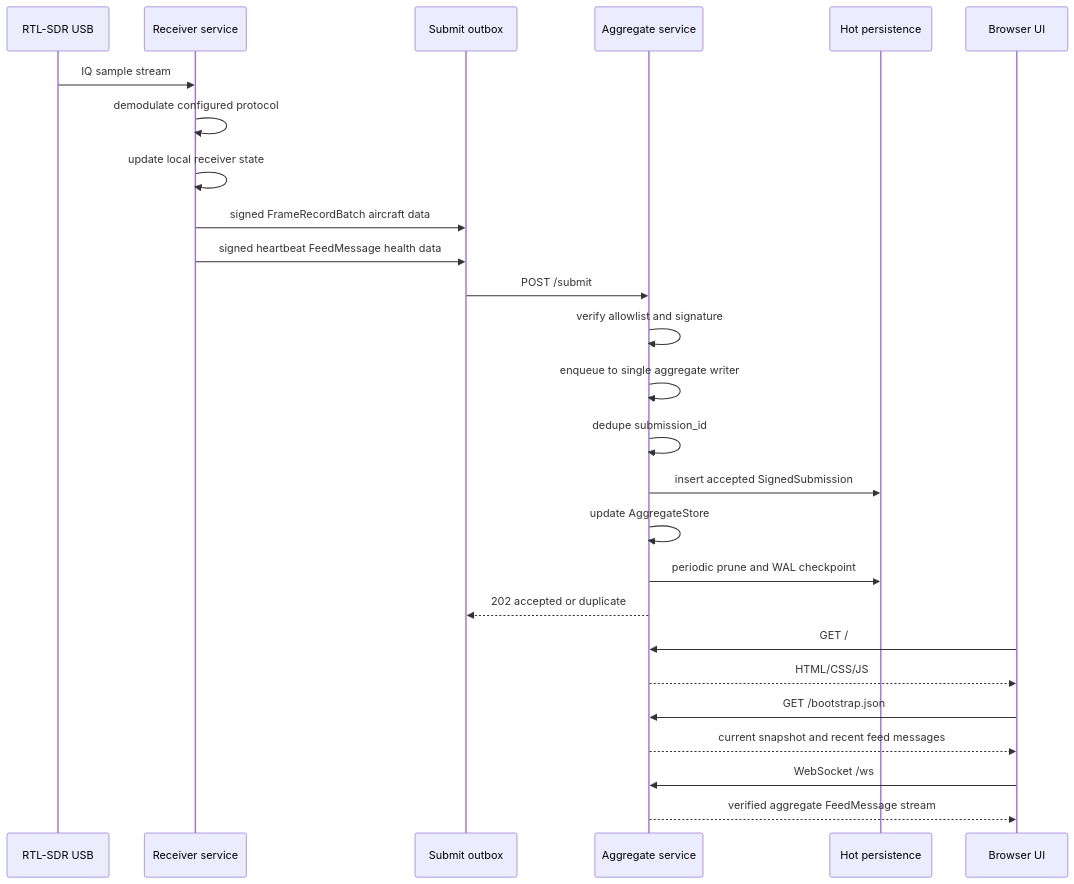
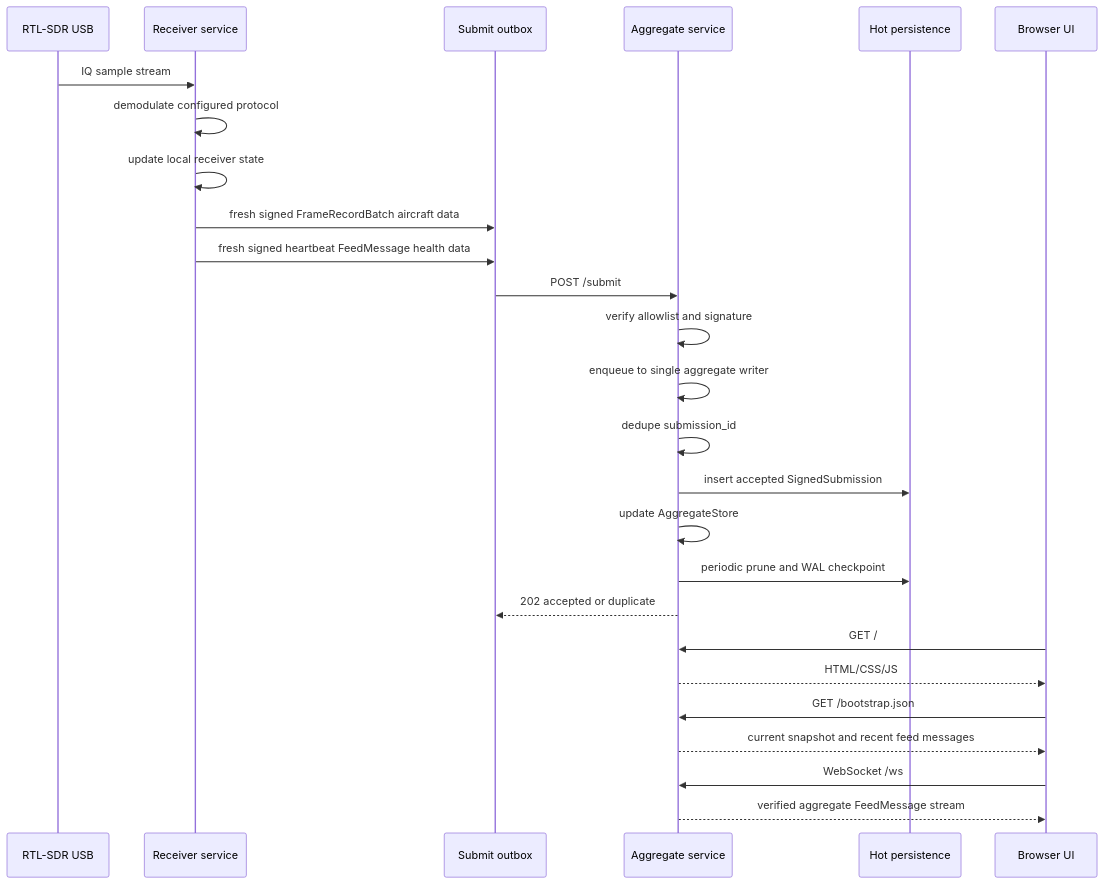
The second of 2 diagrams in docs/ARCHITECTURE.md (abhay/rsdb), drawn with Mermaid before and after one commit. The commit also changed other lines of this file and 12 other files, not shown here.

````diff
--- a/docs/ARCHITECTURE.md
+++ b/docs/ARCHITECTURE.md
@@ -71,30 +71,30 @@
 ```mermaid
 sequenceDiagram
   participant USB as RTL-SDR USB
   participant R as Receiver service
   participant Q as Submit outbox
   participant A as Aggregate service
   participant P as Hot persistence
   participant U as Browser UI
 
   USB->>R: IQ sample stream
   R->>R: demodulate configured protocol
   R->>R: update local receiver state
-  R->>Q: signed FrameRecordBatch aircraft data
-  R->>Q: signed heartbeat FeedMessage health data
+  R->>Q: fresh signed FrameRecordBatch aircraft data
+  R->>Q: fresh signed heartbeat FeedMessage health data
   Q->>A: POST /submit
   A->>A: verify allowlist and signature
   A->>A: enqueue to single aggregate writer
   A->>A: dedupe submission_id
   A->>P: insert accepted SignedSubmission
   A->>A: update AggregateStore
   A->>P: periodic prune and WAL checkpoint
   A-->>Q: 202 accepted or duplicate
 
   U->>A: GET /
   A-->>U: HTML/CSS/JS
   U->>A: GET /bootstrap.json
   A-->>U: current snapshot and recent feed messages
   U->>A: WebSocket /ws
   A-->>U: verified aggregate FeedMessage stream
 ```
````
